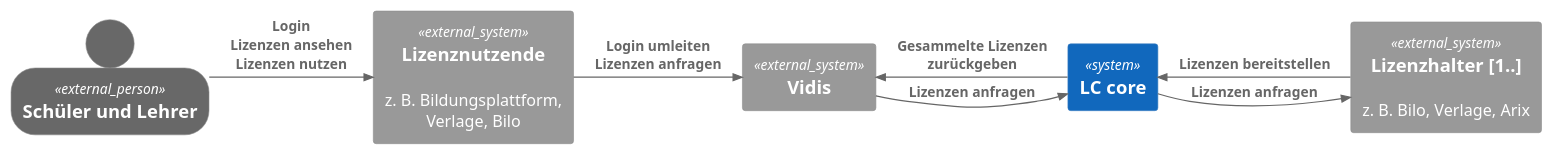
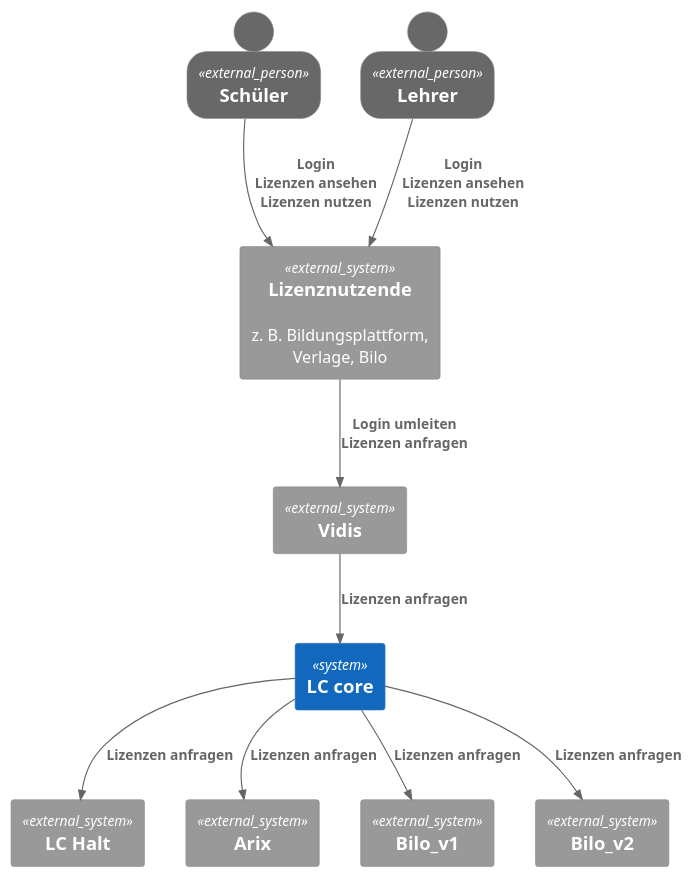
One commit to FWU-DE/licence-connect changed the first of 2 diagrams in doc/src/03_context_and_scope/index.adoc. Above: the diagram before and after it, drawn with PlantUML. The commit also changed other lines of this file and 2 other files, not shown here.

Commit message:
docs: improve bulding blocks diagrams

```diff
--- a/doc/src/03_context_and_scope/index.adoc
+++ b/doc/src/03_context_and_scope/index.adoc
@@ -8,29 +8,30 @@
 [plantuml]
 ----
-@startuml
+@startuml Context_and_Scope
 !include <C4/C4_Container>
 SHOW_PERSON_OUTLINE()
 
-Person_Ext(student, "Schüler und Lehrer", "")
+Person_Ext(student, "Schüler", "")
+Person_Ext(teacher, "Lehrer", "")
 
-System_Ext(ln, "Lizenznutzende", "z. B. Bildungsplattform, Verlage, Bilo")
-
+System_Ext(licenceuser, "Lizenznutzende", "z. B. Bildungsplattform, Verlage, Bilo")
 System_Ext(vidis, "Vidis", "")
 
 System(lc, "LC core", "")
 
-System_Ext(lh, "Lizenzhalter [1..]", "z. B. Bilo, Verlage, Arix")
+System_Ext(lchalt, "LC Halt", "")
+System_Ext(arix, "Arix", "")
+System_Ext(bilo_v1, "Bilo_v1", "")
+System_Ext(bilo_v2, "Bilo_v2", "")
 
-
-Rel_R(student, ln, "Login\nLizenzen ansehen\nLizenzen nutzen", "")
-
-Rel_R(ln, vidis, "Login umleiten\nLizenzen anfragen", "")
-
-Rel_R(vidis, lc, "Lizenzen anfragen", "")
-Rel_L(lc, vidis, "Gesammelte Lizenzen zurückgeben", "")
-
-Rel_R(lc, lh, "Lizenzen anfragen","")
-Rel_L(lh, lc, "Lizenzen bereitstellen", "")
+Rel(student, licenceuser, "Login\nLizenzen ansehen\nLizenzen nutzen", "")
+Rel(teacher, licenceuser, "Login\nLizenzen ansehen\nLizenzen nutzen", "")
+Rel(licenceuser, vidis, "Login umleiten\nLizenzen anfragen", "")
+Rel(vidis, lc, "Lizenzen anfragen", "")
+Rel(lc, lchalt, "Lizenzen anfragen","")
+Rel(lc, arix, "Lizenzen anfragen","")
+Rel(lc, bilo_v1, "Lizenzen anfragen","")
+Rel(lc, bilo_v2, "Lizenzen anfragen","")
 
 @enduml
 ----
```
